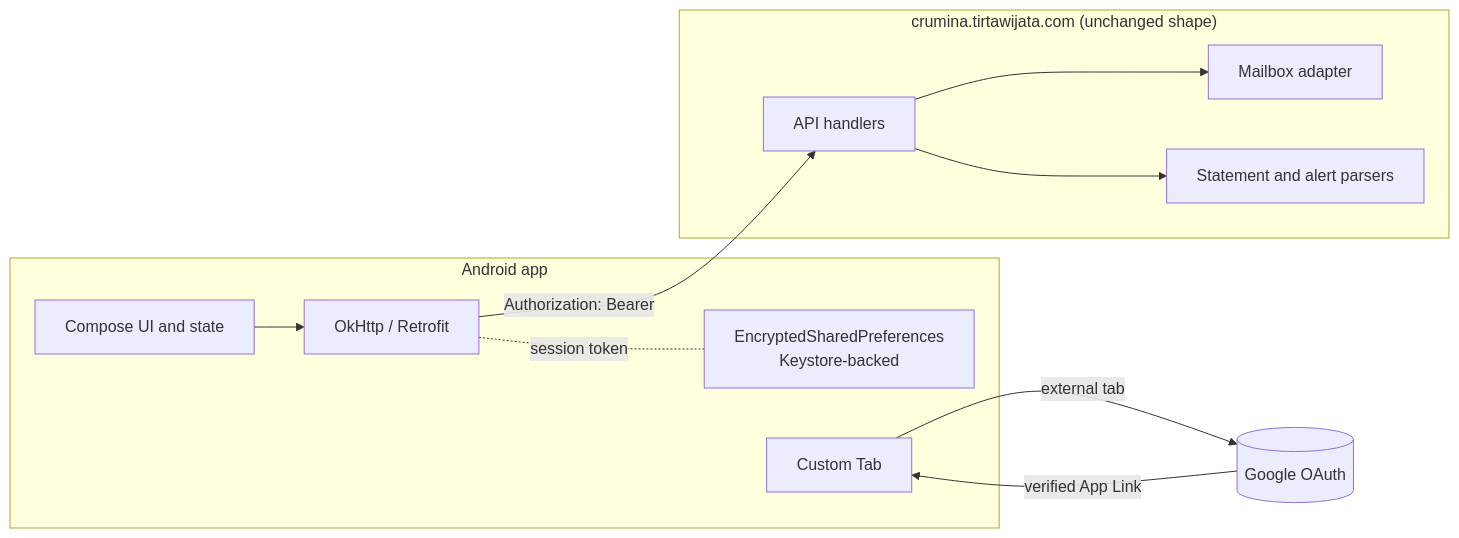
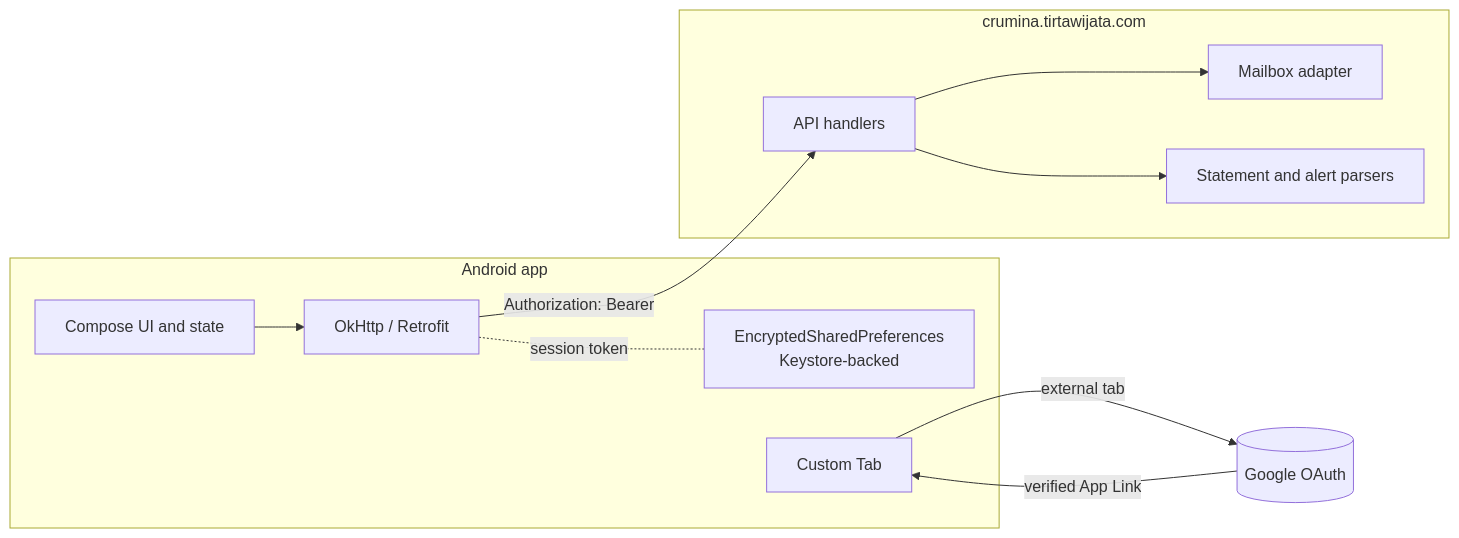
One commit to Marcel-Bonifacio/crumina-finance changed the first of 2 diagrams in docs/ANDROID.md. Above: the diagram before and after it, drawn with Mermaid. The commit also changed other lines of this file and 17 other files, not shown here.

````diff
--- a/docs/ANDROID.md
+++ b/docs/ANDROID.md
@@ -23,22 +21,22 @@
 ```mermaid
 flowchart LR
     subgraph Phone["Android app"]
         UI[Compose UI and state]
         STORE[EncryptedSharedPreferences<br/>Keystore-backed]
         NET[OkHttp / Retrofit]
         AUTH[Custom Tab]
     end
-    subgraph Server["crumina.tirtawijata.com (unchanged shape)"]
+    subgraph Server["crumina.tirtawijata.com"]
         API[API handlers]
         MBOX[Mailbox adapter]
         PARSE[Statement and alert parsers]
     end
     Google[(Google OAuth)]
 
     AUTH -->|external tab| Google
     Google -->|verified App Link| AUTH
     UI --> NET -->|Authorization: Bearer| API
     API --> MBOX
     API --> PARSE
     NET -. session token .- STORE
 ```
````
